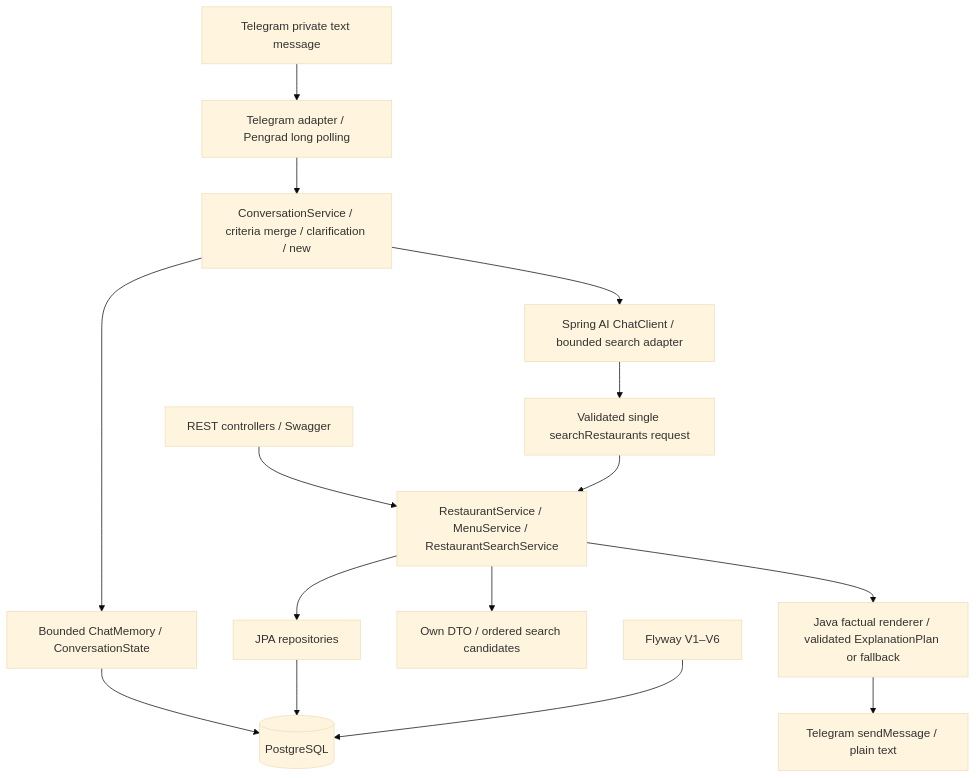
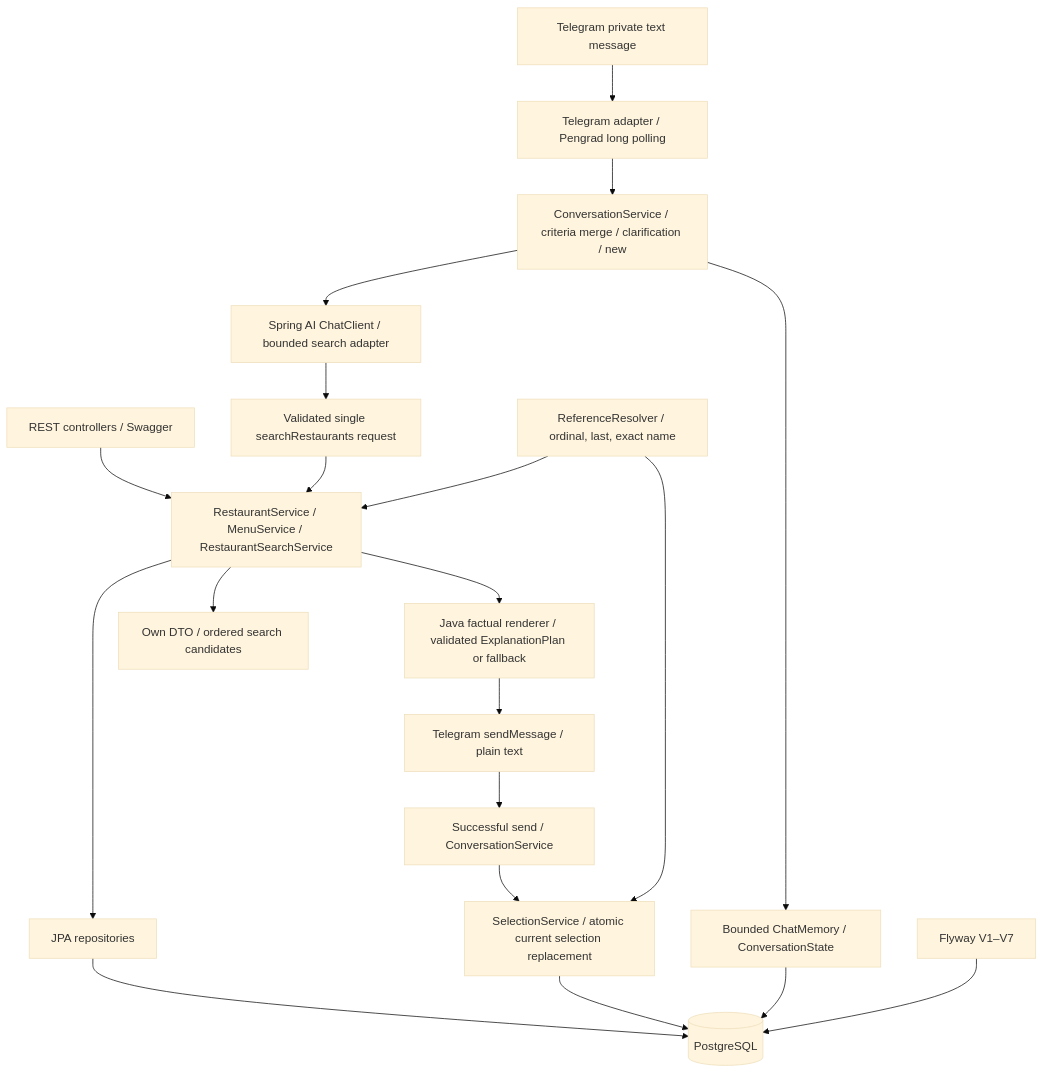
Before and after one commit to ilyakutarba-source/minsk-restaurant-ai-bot: the diagram in docs/ARCHITECTURE.md, drawn with Mermaid (base theme). The commit also changed other lines of this file and 20 other files, not shown here.

Commit message:
TASK-08 add selection context and reference resolver

````diff
--- a/docs/ARCHITECTURE.md
+++ b/docs/ARCHITECTURE.md
@@ -9,17 +9,22 @@
 ```mermaid
 flowchart TD
     TELEGRAM[Telegram private text message] --> TRANSPORT[Telegram adapter / Pengrad long polling]
     TRANSPORT --> CONVERSATION[ConversationService / criteria merge / clarification / new]
     CONVERSATION --> MEMORY[Bounded ChatMemory / ConversationState]
     MEMORY --> PG
     CONVERSATION --> AI
     REST[REST controllers / Swagger] --> SERVICES[RestaurantService / MenuService / RestaurantSearchService]
     AI[Spring AI ChatClient / bounded search adapter] --> TOOL[Validated single searchRestaurants request]
     TOOL --> SERVICES
     SERVICES --> CARDS[Java factual renderer / validated ExplanationPlan or fallback]
     CARDS --> SEND[Telegram sendMessage / plain text]
+    SEND --> DELIVERED[Successful send / ConversationService]
+    DELIVERED --> SELECTION[SelectionService / atomic current selection replacement]
+    SELECTION --> PG
+    REFERENCE[ReferenceResolver / ordinal, last, exact name] --> SELECTION
+    REFERENCE --> SERVICES
     SERVICES --> DTO[Own DTO / ordered search candidates]
     SERVICES --> JPA[JPA repositories]
     JPA --> PG[(PostgreSQL)]
-    FLYWAY[Flyway V1–V6] --> PG
+    FLYWAY[Flyway V1–V7] --> PG
 ```
````
